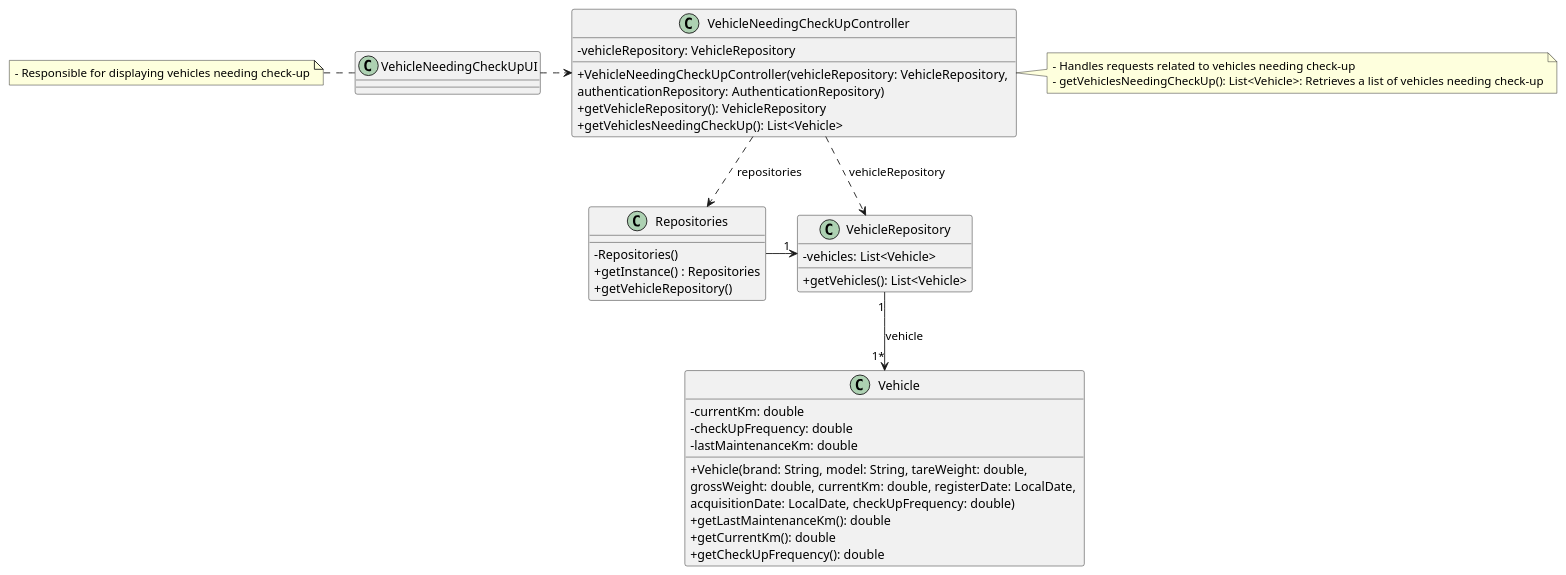
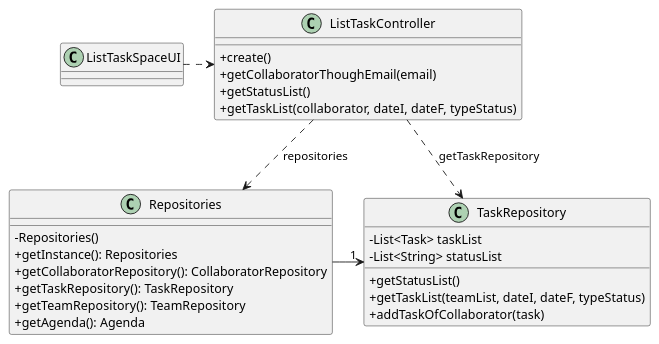
One commit to Departamento-de-Engenharia-Informatica/lei-24-s2-1df-1de-g063 changed the diagram in docs/SprintC/us28/03.design/puml/us028-class-diagram.puml. Above: the diagram before and after it, drawn with PlantUML.

Commit message:
inicio class diagram us28

```diff
--- a/docs/SprintC/us28/03.design/puml/us028-class-diagram.puml
+++ b/docs/SprintC/us28/03.design/puml/us028-class-diagram.puml
@@ -1,59 +1,50 @@
 @startuml
 'skinparam monochrome true
 skinparam packageStyle rectangle
 skinparam shadowing false
 skinparam linetype polyline
 'skinparam linetype orto
 
 skinparam classAttributeIconSize 0
 
 'left to right direction
 
-class VehicleNeedingCheckUpUI{
+class ListTaskSpaceUI{
 
 }
 
-note left of VehicleNeedingCheckUpUI
-    - Responsible for displaying vehicles needing check-up
-end note
 
-class VehicleNeedingCheckUpController{
-    -vehicleRepository: VehicleRepository
-    +VehicleNeedingCheckUpController(vehicleRepository: VehicleRepository, \nauthenticationRepository: AuthenticationRepository)
-    +getVehicleRepository(): VehicleRepository
-    +getVehiclesNeedingCheckUp(): List<Vehicle>
+class ListTaskController{
+   + create()
+       + getCollaboratorThoughEmail(email)
+       + getStatusList()
+       + getTaskList(collaborator, dateI, dateF, typeStatus)
 }
 
-note right of VehicleNeedingCheckUpController
-    - Handles requests related to vehicles needing check-up
-    - getVehiclesNeedingCheckUp(): List<Vehicle>: Retrieves a list of vehicles needing check-up
-end note
 
 class Repositories{
     - Repositories()
-    + getInstance() : Repositories
-    + getVehicleRepository()
+        + getInstance(): Repositories
+        + getCollaboratorRepository(): CollaboratorRepository
+        + getTaskRepository(): TaskRepository
+        + getTeamRepository(): TeamRepository
+        + getAgenda(): Agenda
 }
 
-class VehicleRepository{
-    -vehicles: List<Vehicle>
-    +getVehicles(): List<Vehicle>
+class TaskRepository{
+    - List<Task> taskList
+    - List<String> statusList
+    + getStatusList()
+    + getTaskList(teamList, dateI, dateF, typeStatus)
+    + addTaskOfCollaborator(task)
 }
 
-class Vehicle{
-    -currentKm: double
-    -checkUpFrequency: double
-    -lastMaintenanceKm: double
-    +Vehicle(brand: String, model: String, tareWeight: double, \ngrossWeight: double, currentKm: double, registerDate: LocalDate, \nacquisitionDate: LocalDate, checkUpFrequency: double)
-    +getLastMaintenanceKm(): double
-    +getCurrentKm(): double
-    +getCheckUpFrequency(): double
-}
 
-VehicleNeedingCheckUpUI .> VehicleNeedingCheckUpController
-VehicleNeedingCheckUpController ..> Repositories : repositories
-Repositories -> "1" VehicleRepository
-VehicleNeedingCheckUpController ..> VehicleRepository : vehicleRepository
-VehicleRepository "1" --> "1*" Vehicle : vehicle
+
+ListTaskSpaceUI .> ListTaskController
+ListTaskController..> Repositories : repositories
+Repositories -> "1" TaskRepository
+ListTaskController ..> TaskRepository : getTaskRepository
+
 
 @enduml
```
